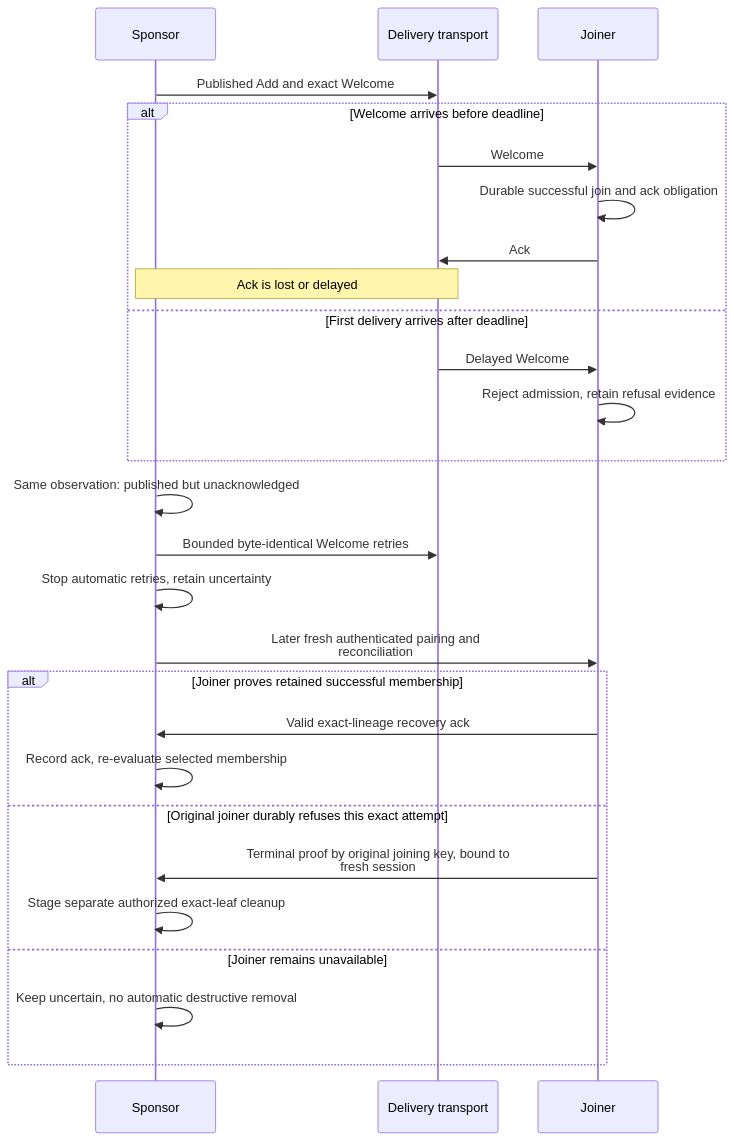
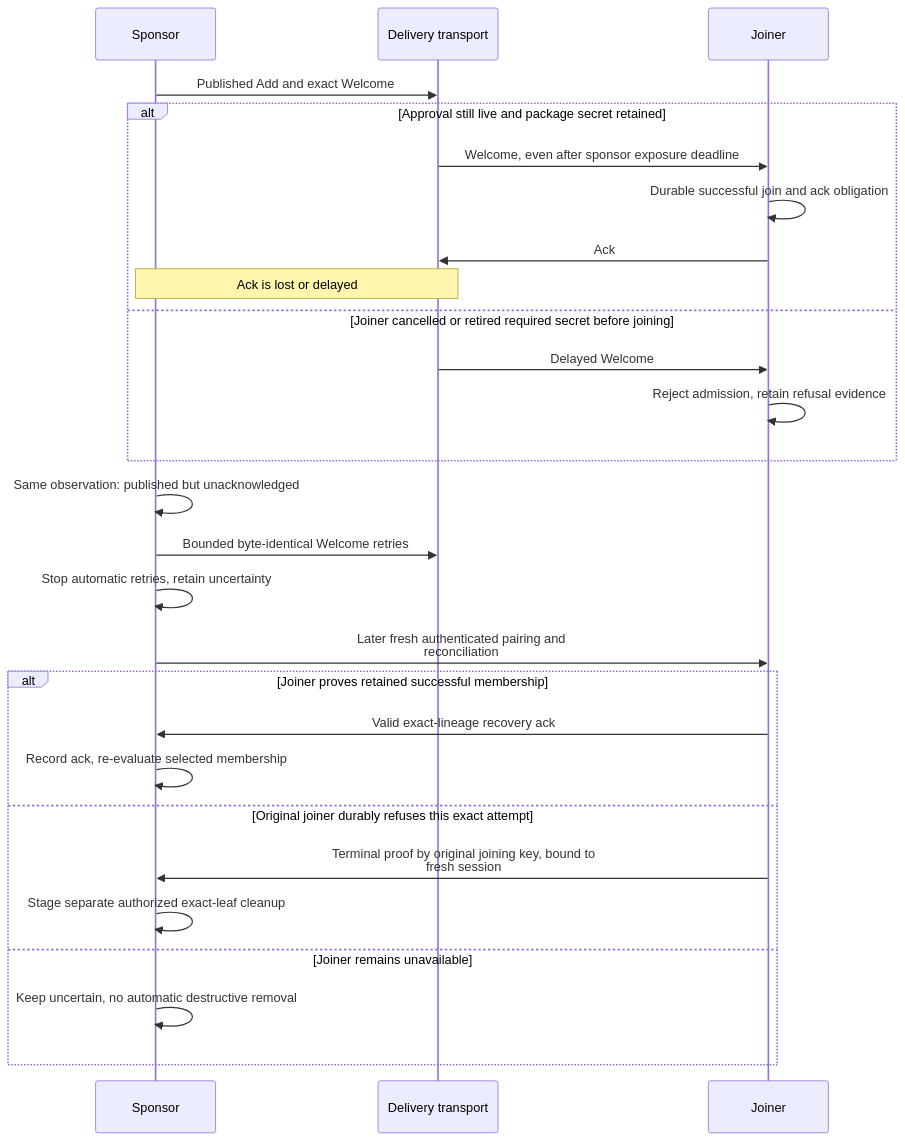
One commit to liamhelmer/marmot changed the sixth of 8 diagrams in features/multi-device/flows-and-threats.md. Above: the diagram before and after it, drawn with Mermaid. The commit also changed other lines of this file and 5 other files, not shown here.

````diff
--- a/features/multi-device/flows-and-threats.md
+++ b/features/multi-device/flows-and-threats.md
@@ -201,29 +208,29 @@
 ```mermaid
 sequenceDiagram
     participant S as Sponsor
     participant R as Delivery transport
     participant J as Joiner
     S->>R: Published Add and exact Welcome
-    alt Welcome arrives before deadline
-        R->>J: Welcome
+    alt Approval still live and package secret retained
+        R->>J: Welcome, even after sponsor exposure deadline
         J->>J: Durable successful join and ack obligation
         J->>R: Ack
         Note over R,S: Ack is lost or delayed
-    else First delivery arrives after deadline
+    else Joiner cancelled or retired required secret before joining
         R->>J: Delayed Welcome
         J->>J: Reject admission, retain refusal evidence
     end
     S->>S: Same observation: published but unacknowledged
     S->>R: Bounded byte-identical Welcome retries
     S->>S: Stop automatic retries, retain uncertainty
     S->>J: Later fresh authenticated pairing and<br/>reconciliation
     alt Joiner proves retained successful membership
         J->>S: Valid exact-lineage recovery ack
         S->>S: Record ack, re-evaluate selected membership
     else Original joiner durably refuses this exact attempt
         J->>S: Terminal proof by original joining key, bound to<br/>fresh session
         S->>S: Stage separate authorized exact-leaf cleanup
     else Joiner remains unavailable
         S->>S: Keep uncertain, no automatic destructive removal
     end
 ```
````
